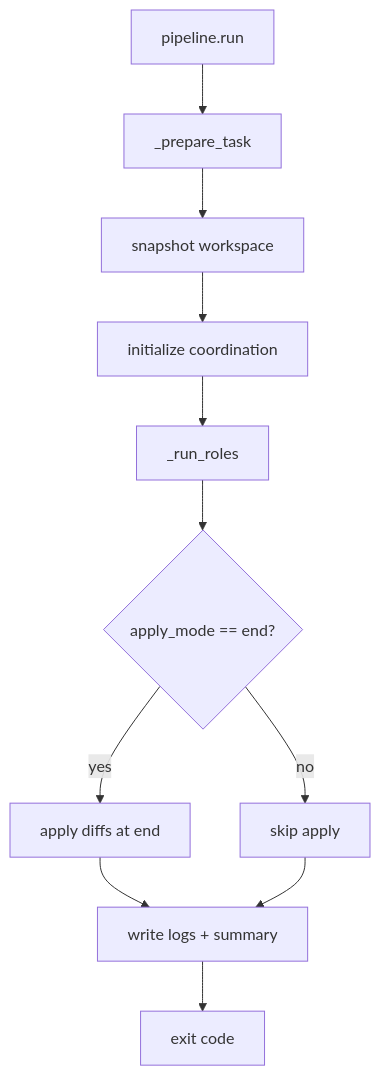
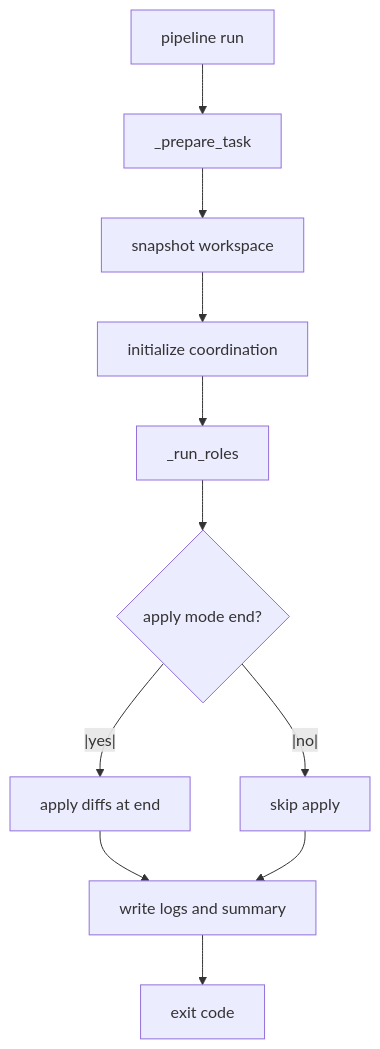
The third of 5 diagrams in docs/WORKFLOWS.md (CodeName-666/CodexCli-MultiAgent), drawn with Mermaid before and after one commit. The commit also changed other lines of this file, not shown here.

````diff
--- a/docs/WORKFLOWS.md
+++ b/docs/WORKFLOWS.md
@@ -50,13 +50,13 @@
 ```mermaid
-flowchart TD
-  A[pipeline.run] --> B[_prepare_task]
+graph TD
+  A[pipeline run] --> B[_prepare_task]
   B --> C[snapshot workspace]
   C --> D[initialize coordination]
   D --> E[_run_roles]
-  E --> F{apply_mode == end?}
-  F -- yes --> G[apply diffs at end]
-  F -- no --> H[skip apply]
-  G --> I[write logs + summary]
+  E --> F{apply mode end?}
+  F --|yes|--> G[apply diffs at end]
+  F --|no|--> H[skip apply]
+  G --> I[write logs and summary]
   H --> I
   I --> J[exit code]
 ```
````
